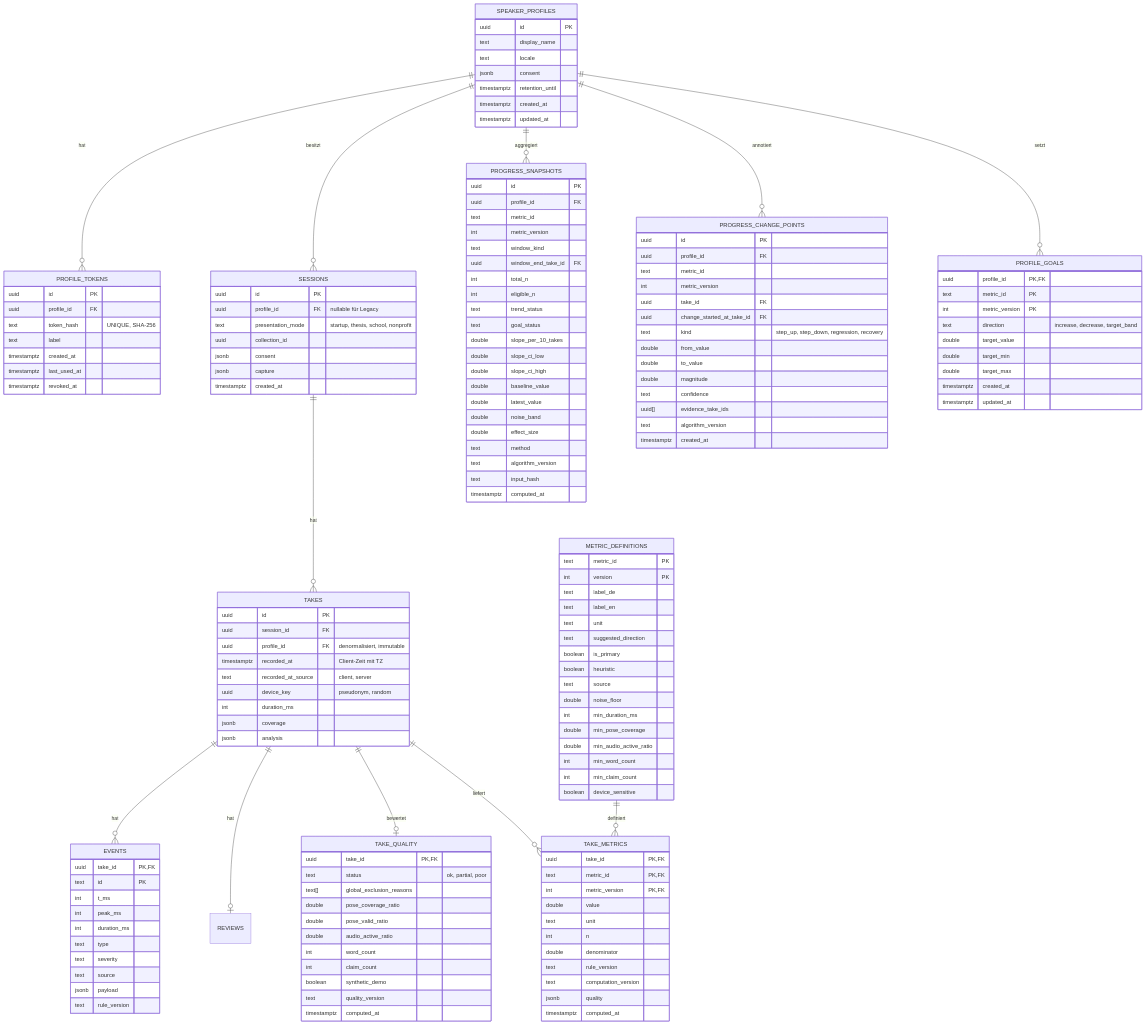
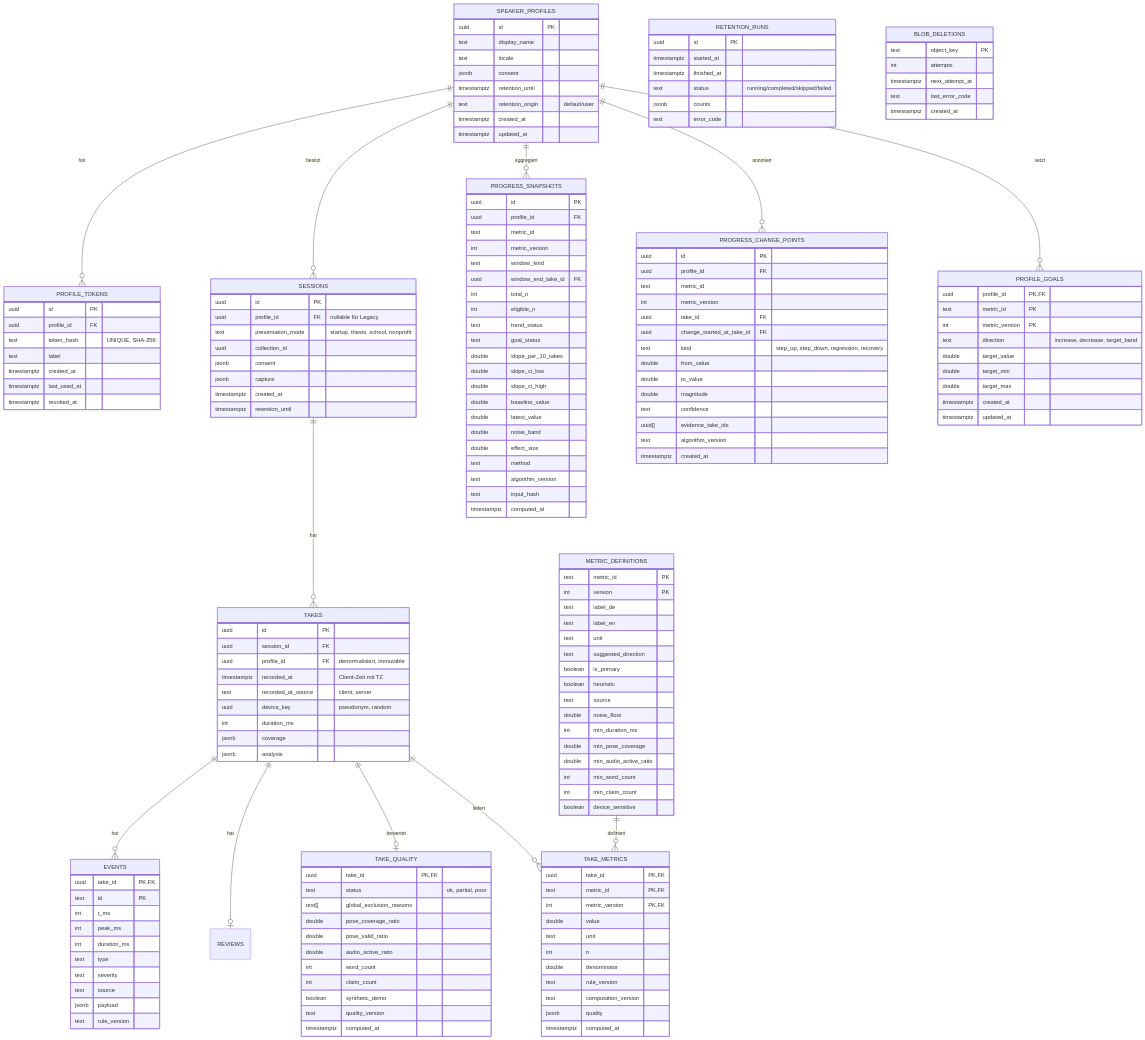
The second of 3 diagrams in docs/12-long-term-progress-data-design.md (johannes3502/hackathon-fulda), drawn with Mermaid before and after one commit. The commit also changed other lines of this file and 103 other files, not shown here.

````diff
--- a/docs/12-long-term-progress-data-design.md
+++ b/docs/12-long-term-progress-data-design.md
@@ -370,6 +372,7 @@
         text locale
         jsonb consent
         timestamptz retention_until
+        text retention_origin "default/user"
         timestamptz created_at
         timestamptz updated_at
     }
@@ -390,6 +393,7 @@
         jsonb consent
         jsonb capture
         timestamptz created_at
+        timestamptz retention_until
     }
     TAKES {
         uuid id PK
@@ -508,4 +512,19 @@
         timestamptz created_at
         timestamptz updated_at
     }
+    RETENTION_RUNS {
+        uuid id PK
+        timestamptz started_at
+        timestamptz finished_at
+        text status "running/completed/skipped/failed"
+        jsonb counts
+        text error_code
+    }
+    BLOB_DELETIONS {
+        text object_key PK
+        int attempts
+        timestamptz next_attempt_at
+        text last_error_code
+        timestamptz created_at
+    }
 ```
````
